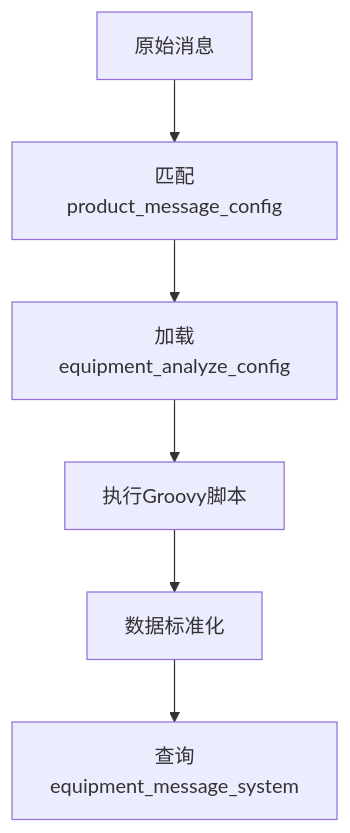
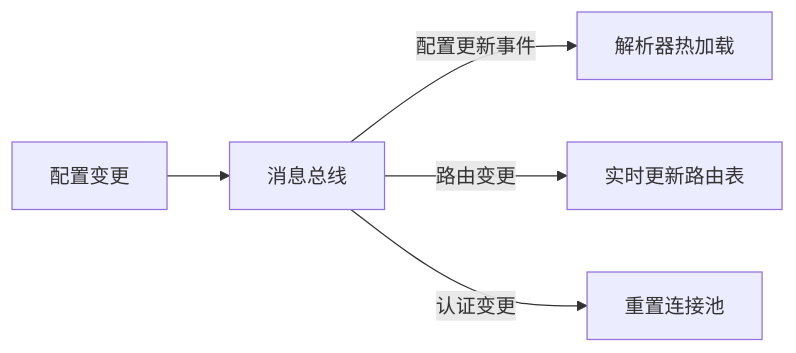
Before and after one commit to fuyong859050943/iodraw-files: the diagram in all/未命名-5.md, drawn with Mermaid.

Commit message:
2025-02-25 17:43:41 update

````diff
--- a/all/未命名-5.md
+++ b/all/未命名-5.md
@@ -1,8 +1,7 @@
 ```mermaid
-flowchart 
-    RawMsg[原始消息] --> MsgMatch[匹配product_message_config]
-    MsgMatch --> LoadParser[加载equipment_analyze_config]
-    LoadParser --> ExecScript[执行Groovy脚本]
-    ExecScript --> Transform[数据标准化]
-    Transform --> Route[查询equipment_message_system]
+flowchart LR
+    ConfigChange[配置变更] --> MsgBus[消息总线]
+    MsgBus -->|配置更新事件| ParserReload[解析器热加载]
+    MsgBus -->|路由变更| RouteUpdate[实时更新路由表]
+    MsgBus -->|认证变更| AuthRefresh[重置连接池]
 ```
````
